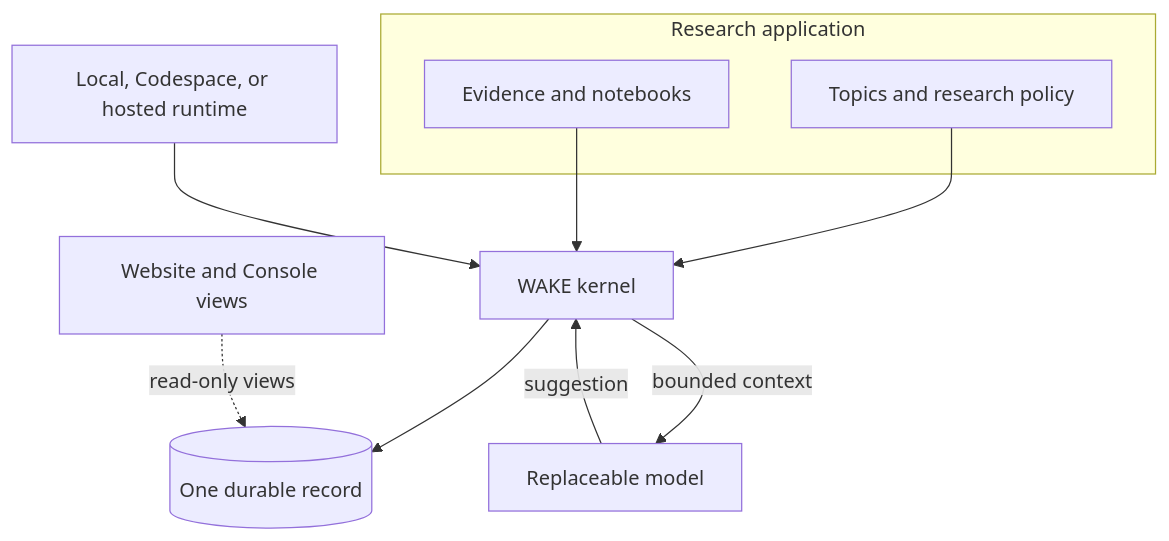
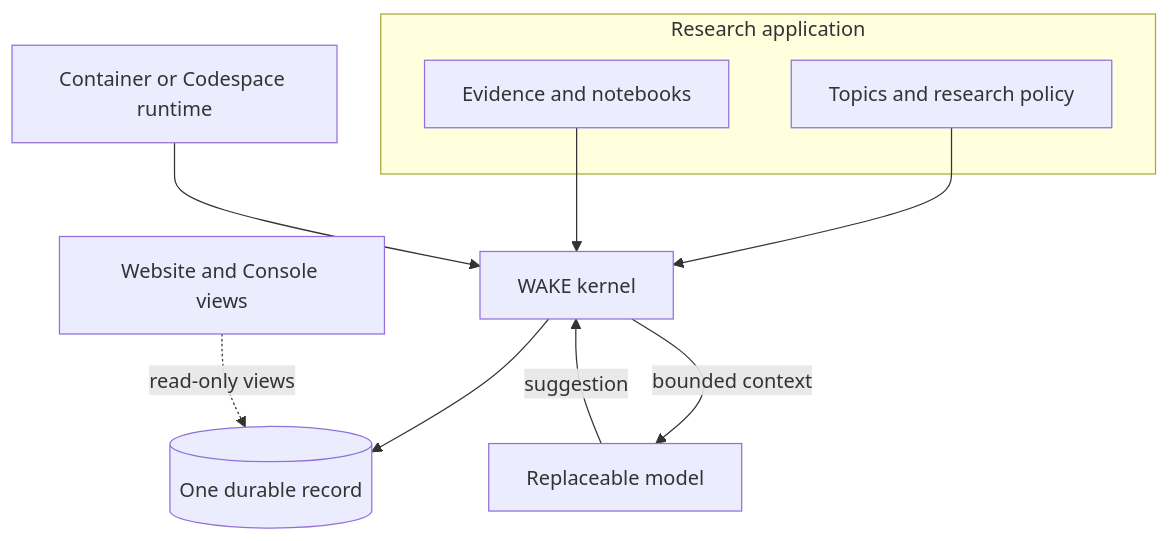
Before and after one commit to sudofx/wake: the first of 2 diagrams in docs/architecture.md, drawn with Mermaid. The commit also changed other lines of this file and 49 other files, not shown here.

````diff
--- a/docs/architecture.md
+++ b/docs/architecture.md
@@ -24,14 +24,14 @@
 ```mermaid
 flowchart TB
   subgraph App[Research application]
     topics[Topics and research policy]
     evidence[Evidence and notebooks]
   end
   topics --> K[WAKE kernel]
   evidence --> K
   K --> record[(One durable record)]
   model[Replaceable model] -->|suggestion| K
   K -->|bounded context| model
-  deploy[Local, Codespace, or hosted runtime] --> K
+  deploy[Container or Codespace runtime] --> K
   views[Website and Console views] -. read-only views .-> record
 ```
````
